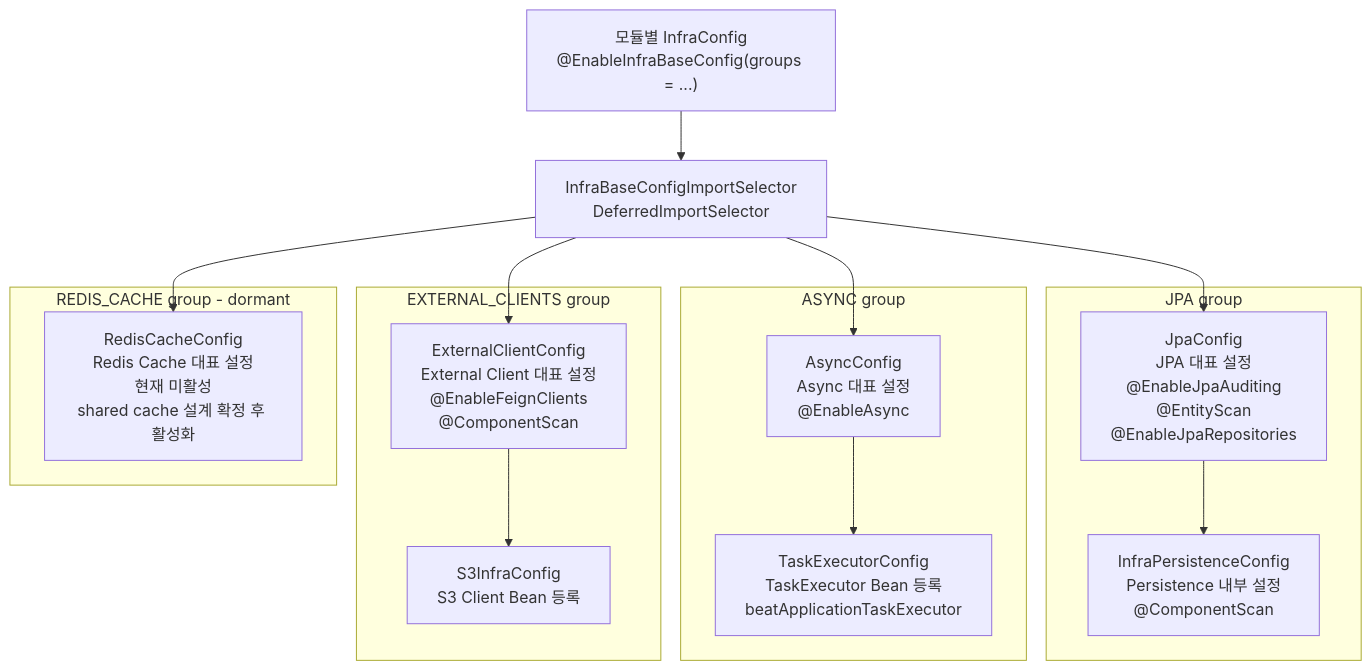
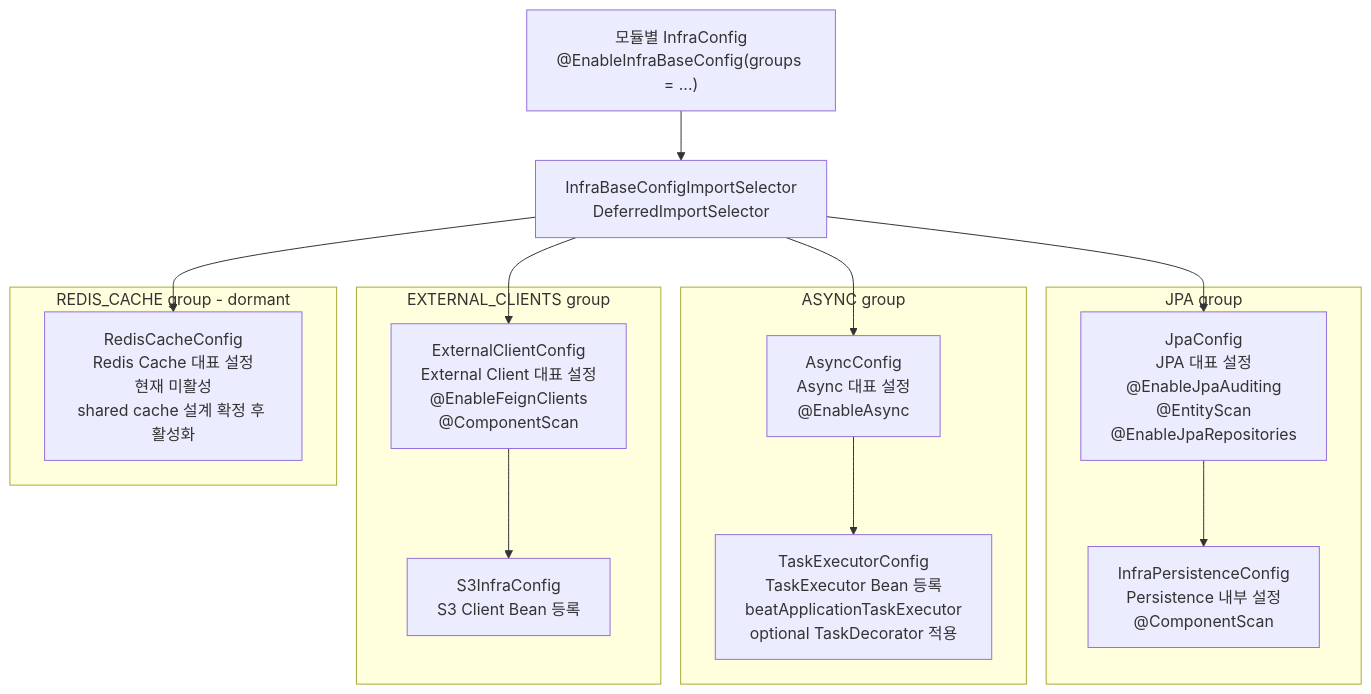
One commit to TEAM-BEAT/BEAT-SERVER changed the second of 14 diagrams in infra/README.md. Above: the diagram before and after it, drawn with Mermaid. The commit also changed other lines of this file and 6 other files, not shown here.

````diff
--- a/infra/README.md
+++ b/infra/README.md
@@ -87,34 +87,34 @@
 ```mermaid
 flowchart TB
     ModuleInfraConfig["모듈별 InfraConfig<br/>@EnableInfraBaseConfig(groups = ...)"]
     Selector["InfraBaseConfigImportSelector<br/>DeferredImportSelector"]
 
     ModuleInfraConfig --> Selector
 
     subgraph JPA_GROUP["JPA group"]
         JpaConfig["JpaConfig<br/>JPA 대표 설정<br/>@EnableJpaAuditing<br/>@EntityScan<br/>@EnableJpaRepositories"]
         PersistenceConfig["InfraPersistenceConfig<br/>Persistence 내부 설정<br/>@ComponentScan"]
         JpaConfig --> PersistenceConfig
     end
 
     subgraph ASYNC_GROUP["ASYNC group"]
         AsyncConfig["AsyncConfig<br/>Async 대표 설정<br/>@EnableAsync"]
-        TaskExecutorConfig["TaskExecutorConfig<br/>TaskExecutor Bean 등록<br/>beatApplicationTaskExecutor"]
+        TaskExecutorConfig["TaskExecutorConfig<br/>TaskExecutor Bean 등록<br/>beatApplicationTaskExecutor<br/>optional TaskDecorator 적용"]
         AsyncConfig --> TaskExecutorConfig
     end
 
     subgraph EXTERNAL_GROUP["EXTERNAL_CLIENTS group"]
         ExternalClientConfig["ExternalClientConfig<br/>External Client 대표 설정<br/>@EnableFeignClients<br/>@ComponentScan"]
         S3InfraConfig["S3InfraConfig<br/>S3 Client Bean 등록"]
         ExternalClientConfig --> S3InfraConfig
     end
 
     subgraph REDIS_CACHE_GROUP["REDIS_CACHE group - dormant"]
         RedisCacheConfig["RedisCacheConfig<br/>Redis Cache 대표 설정<br/>현재 미활성<br/>shared cache 설계 확정 후 활성화"]
     end
 
     Selector --> JpaConfig
     Selector --> AsyncConfig
     Selector --> ExternalClientConfig
     Selector --> RedisCacheConfig
 ```
````
